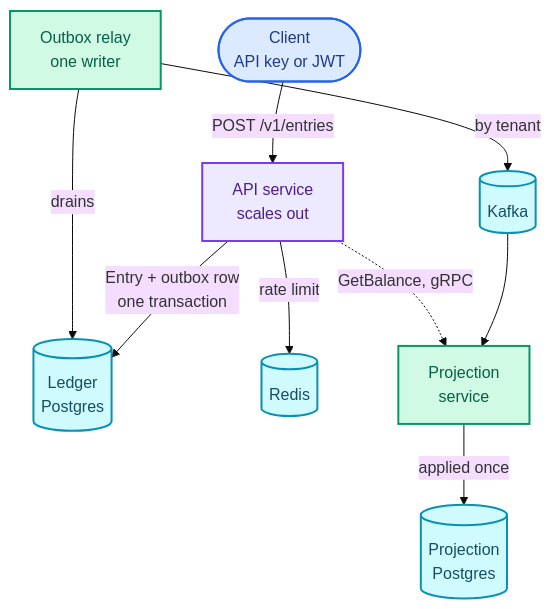
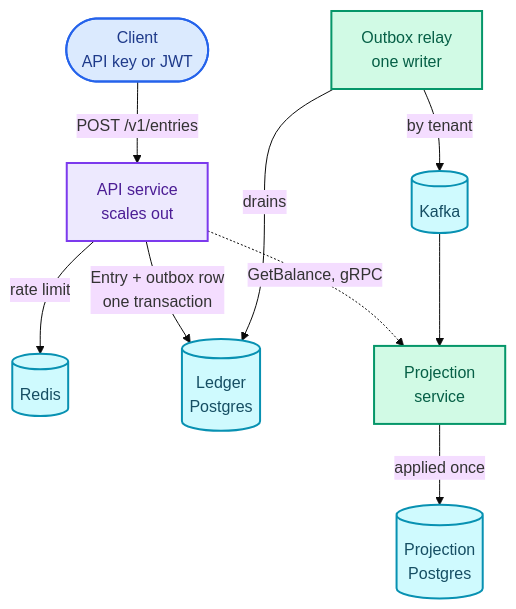
One commit to rishabh0111/rishabh0111.github.io changed the first of 2 diagrams in _posts/blogs/2026-10-23-multitenant-double-entry-ledger.md. Above: the diagram before and after it, drawn with Mermaid (base theme). The commit also changed 1 other file, not shown here.

Commit message:
blog(ledger): flowchart without crossings; README: reorder lines to fix crossings

````diff
--- a/_posts/blogs/2026-10-23-multitenant-double-entry-ledger.md
+++ b/_posts/blogs/2026-10-23-multitenant-double-entry-ledger.md
@@ -65,19 +65,19 @@
 ```mermaid
 flowchart TB
     Client([Client<br/>API key or JWT]) -->|POST /v1/entries| API[API service<br/>scales out]
+    API -->|rate limit| Redis[(Redis)]
     API -->|Entry + outbox row<br/>one transaction| LDB[(Ledger<br/>Postgres)]
-    API -->|rate limit| Redis[(Redis)]
     Relay[Outbox relay<br/>one writer] -->|drains| LDB
     Relay -->|by tenant| Kafka[(Kafka)]
-    Kafka --> Proj[Projection<br/>service]
+    API -.->|GetBalance, gRPC| Proj[Projection<br/>service]
+    Kafka --> Proj
     Proj -->|applied once| PDB[(Projection<br/>Postgres)]
-    API -.->|GetBalance, gRPC| Proj
     classDef actor fill:#DBEAFE,stroke:#2563EB,stroke-width:2px,color:#1E3A8A
     classDef gateway fill:#EDE9FE,stroke:#7C3AED,stroke-width:2px,color:#4C1D95
     classDef service fill:#D1FAE5,stroke:#059669,stroke-width:2px,color:#065F46
     classDef store fill:#CFFAFE,stroke:#0891B2,stroke-width:2px,color:#164E63
     class Client actor
     class API gateway
     class Relay,Proj service
     class LDB,PDB,Kafka,Redis store
 ```
````
